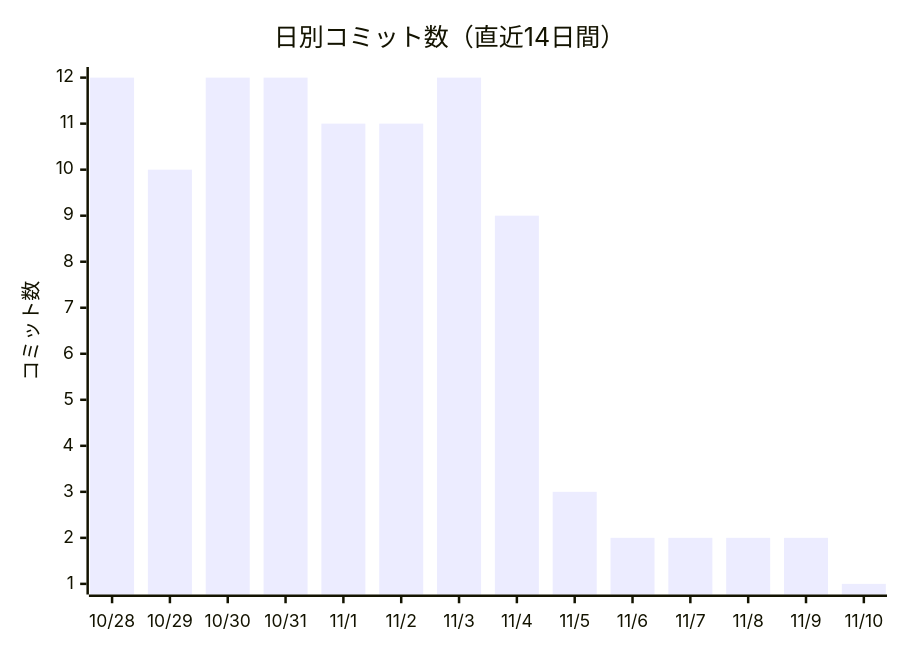
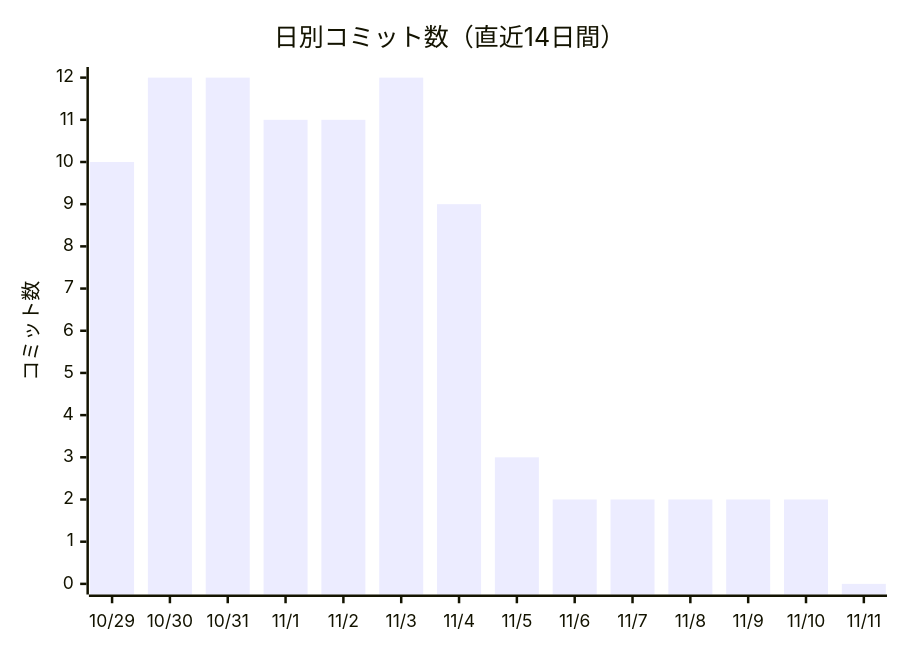
One commit to non-x2/non-x2 changed the first of 2 diagrams in docs/進化レポート.md. Above: the diagram before and after it, drawn with Mermaid. The commit also changed other lines of this file and 1 other file, not shown here.

````diff
--- a/docs/進化レポート.md
+++ b/docs/進化レポート.md
@@ -23,7 +23,7 @@
 ```mermaid
 xychart-beta
     title "日別コミット数（直近14日間）"
-    x-axis ["10/28", "10/29", "10/30", "10/31", "11/1", "11/2", "11/3", "11/4", "11/5", "11/6", "11/7", "11/8", "11/9", "11/10"]
+    x-axis ["10/29", "10/30", "10/31", "11/1", "11/2", "11/3", "11/4", "11/5", "11/6", "11/7", "11/8", "11/9", "11/10", "11/11"]
     y-axis "コミット数"
-    bar [12, 10, 12, 12, 11, 11, 12, 9, 3, 2, 2, 2, 2, 1]
+    bar [10, 12, 12, 11, 11, 12, 9, 3, 2, 2, 2, 2, 2, 0]
 ```
````
